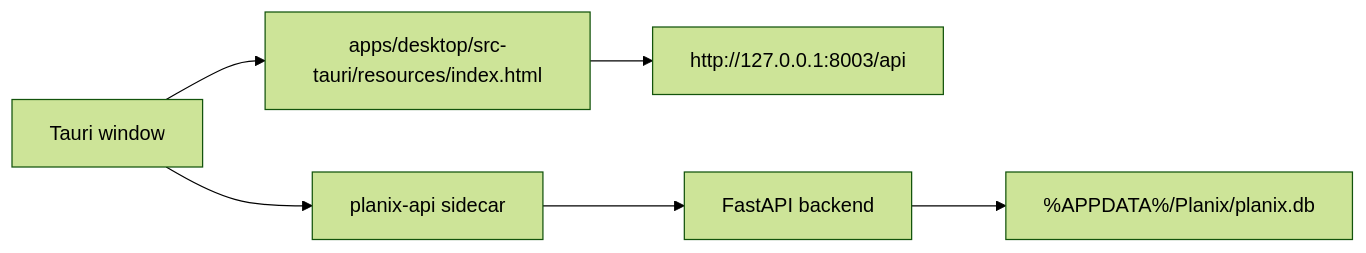
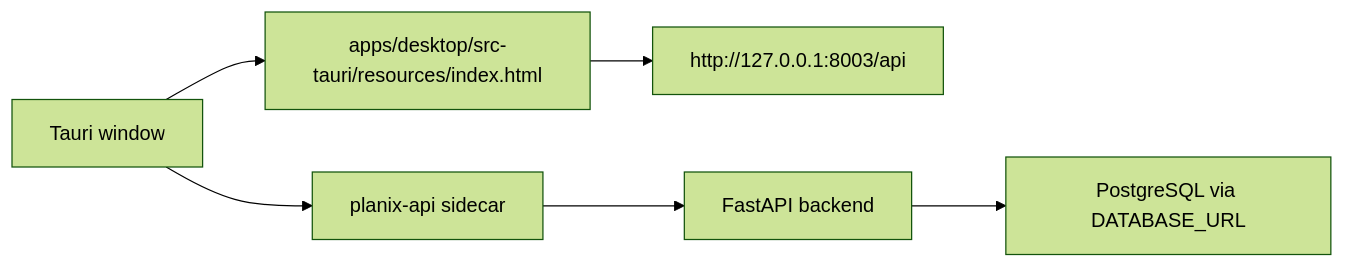
Before and after one commit to xixiGoodLuck/Planix: the diagram in docs/desktop.md, drawn with Mermaid (forest theme). The commit also changed other lines of this file and 47 other files, not shown here.

Commit message:
migrate Planix to PostgreSQL-only storage

````diff
--- a/docs/desktop.md
+++ b/docs/desktop.md
@@ -9,8 +9,8 @@
 ```mermaid
 flowchart LR
   T["Tauri window"] --> W["apps/desktop/src-tauri/resources/index.html"]
   W --> A["http://127.0.0.1:8003/api"]
   T --> S["planix-api sidecar"]
   S --> F["FastAPI backend"]
-  F --> D["%APPDATA%/Planix/planix.db"]
+  F --> D["PostgreSQL via DATABASE_URL"]
 ```
````
